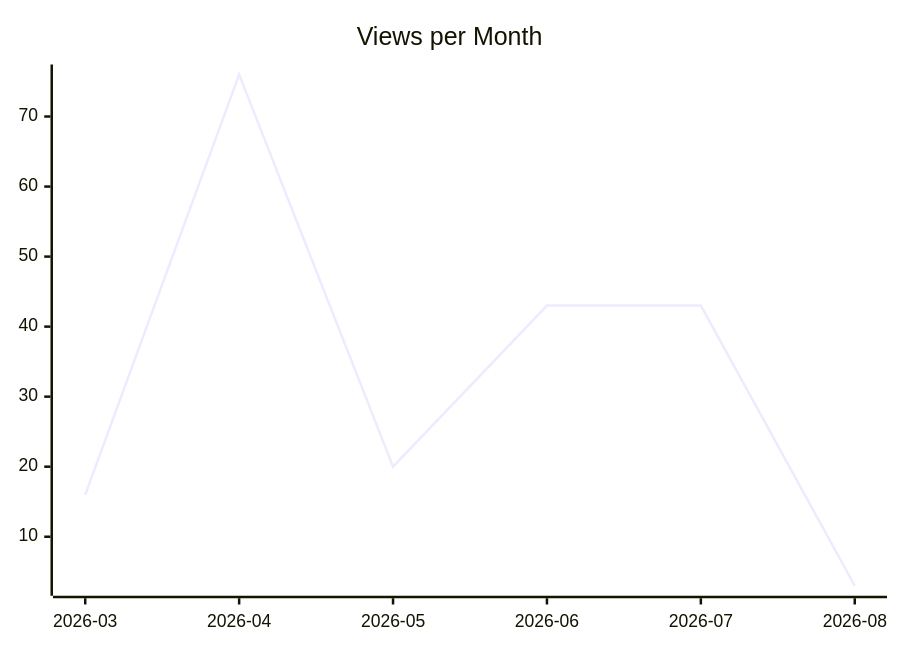
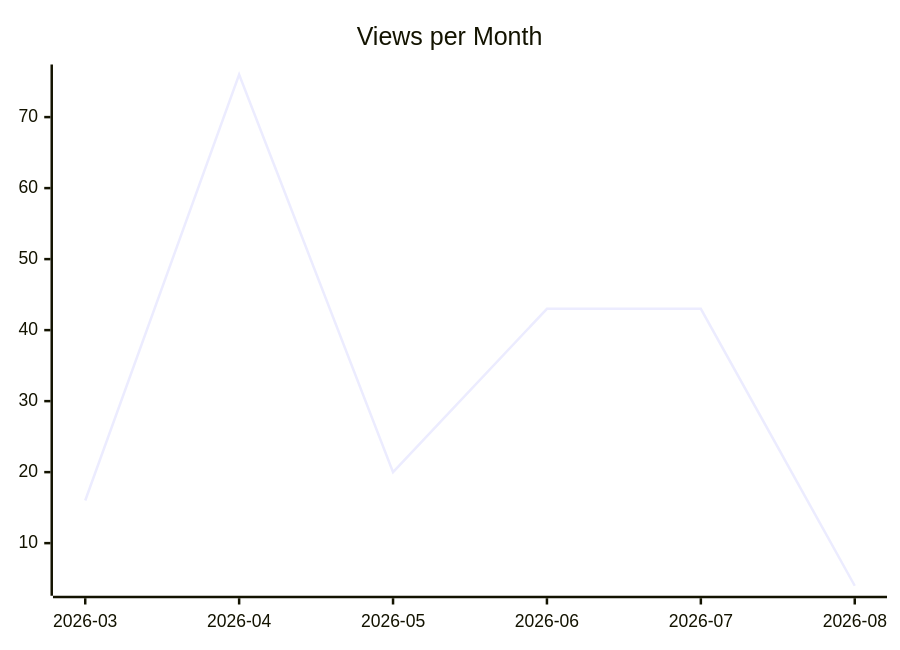
The second of 3 diagrams in karlmdavis/ksoap2-android/README.md (justdavis-family/github-analytics-data), drawn with Mermaid before and after one commit. The commit also changed other lines of this file and 160 other files, not shown here.

````diff
--- a/karlmdavis/ksoap2-android/README.md
+++ b/karlmdavis/ksoap2-android/README.md
@@ -12,6 +12,6 @@
 ```mermaid
 xychart-beta
   title "Views per Month"
   x-axis ["2026-03", "2026-04", "2026-05", "2026-06", "2026-07", "2026-08"]
-  line [16, 76, 20, 43, 43, 3]
+  line [16, 76, 20, 43, 43, 4]
 ```
````
